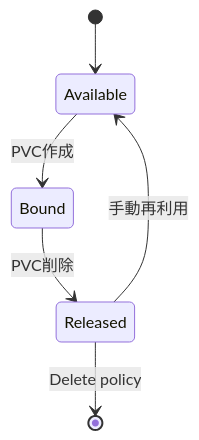
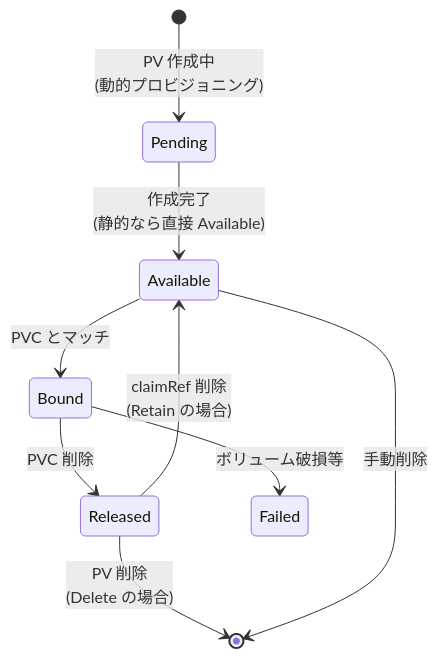
The sixth of 9 diagrams in docs/05-storage/pv-pvc.md (swallowsaba/introduction-k8s), drawn with Mermaid before and after one commit. The commit also changed other lines of this file and 4 other files, not shown here.

````diff
--- a/docs/05-storage/pv-pvc.md
+++ b/docs/05-storage/pv-pvc.md
@@ -106,8 +418,11 @@
 ```mermaid
 stateDiagram-v2
-    [*] --> Available
-    Available --> Bound: PVC作成
-    Bound --> Released: PVC削除
-    Released --> Available: 手動再利用
-    Released --> [*]: Delete policy
+    [*] --> Pending: PV 作成中<br>(動的プロビジョニング)
+    Pending --> Available: 作成完了<br>(静的なら直接 Available)
+    Available --> Bound: PVC とマッチ
+    Bound --> Released: PVC 削除
+    Released --> Available: claimRef 削除<br>(Retain の場合)
+    Released --> [*]: PV 削除<br>(Delete の場合)
+    Bound --> Failed: ボリューム破損等
+    Available --> [*]: 手動削除
 ```
````
